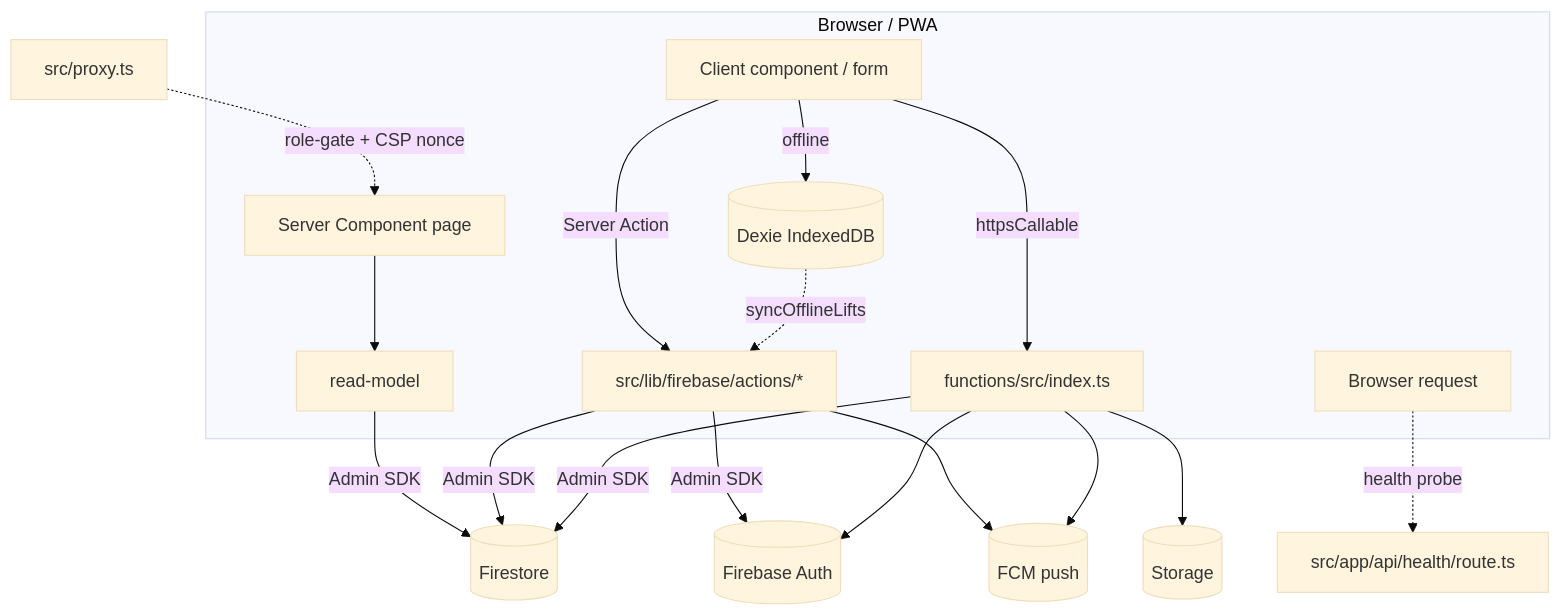
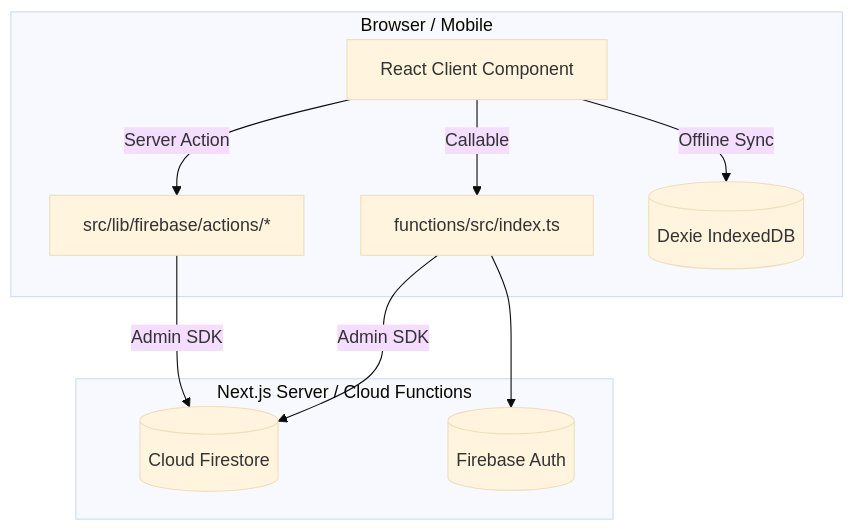
The diagram in docs/01_ARCHITECTURE.md (mehulchirania/FitSplit), drawn with Mermaid (base theme) before and after one commit. The commit also changed other lines of this file and 32 other files, not shown here.

````diff
--- a/docs/01_ARCHITECTURE.md
+++ b/docs/01_ARCHITECTURE.md
@@ -62,21 +45,13 @@
 ```mermaid
 graph TD
-  subgraph Client[Browser / PWA]
-    BR[Browser request]
-    SC[Server Component page] --> RM[read-model]
-    UI[Client component / form] -->|Server Action| SA[src/lib/firebase/actions/*]
-    UI -->|httpsCallable| CF[functions/src/index.ts]
-    UI -->|offline| DX[(Dexie IndexedDB)]
+  subgraph Client[Browser / Mobile]
+    UI[React Client Component] -->|Server Action| SA[src/lib/firebase/actions/*]
+    UI -->|Callable| CF[functions/src/index.ts]
+    UI -->|Offline Sync| DX[(Dexie IndexedDB)]
   end
-  RM -->|Admin SDK| FS[(Firestore)]
-  SA -->|Admin SDK| FS
-  SA -->|Admin SDK| AUTH[(Firebase Auth)]
-  CF -->|Admin SDK| FS
-  CF --> AUTH
-  CF --> ST[(Storage)]
-  SA --> FCM[(FCM push)]
-  CF --> FCM
-  DX -.syncOfflineLifts.-> SA
-  BR -. health probe .-> API[src/app/api/health/route.ts]
-  PX[src/proxy.ts] -. role-gate + CSP nonce .-> SC
+  subgraph Server[Next.js Server / Cloud Functions]
+    SA -->|Admin SDK| FS[(Cloud Firestore)]
+    CF -->|Admin SDK| FS
+    CF --> AUTH[(Firebase Auth)]
+  end
 ```
````
